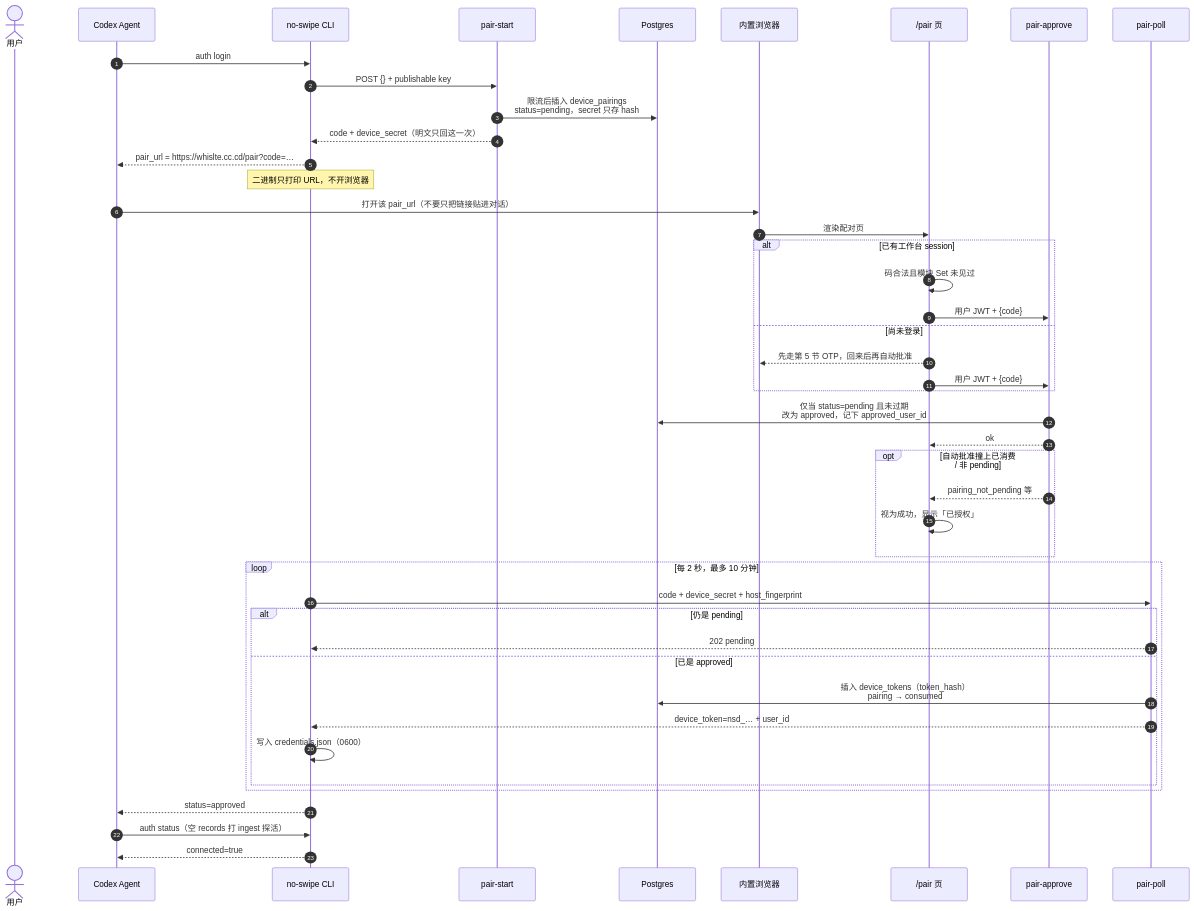
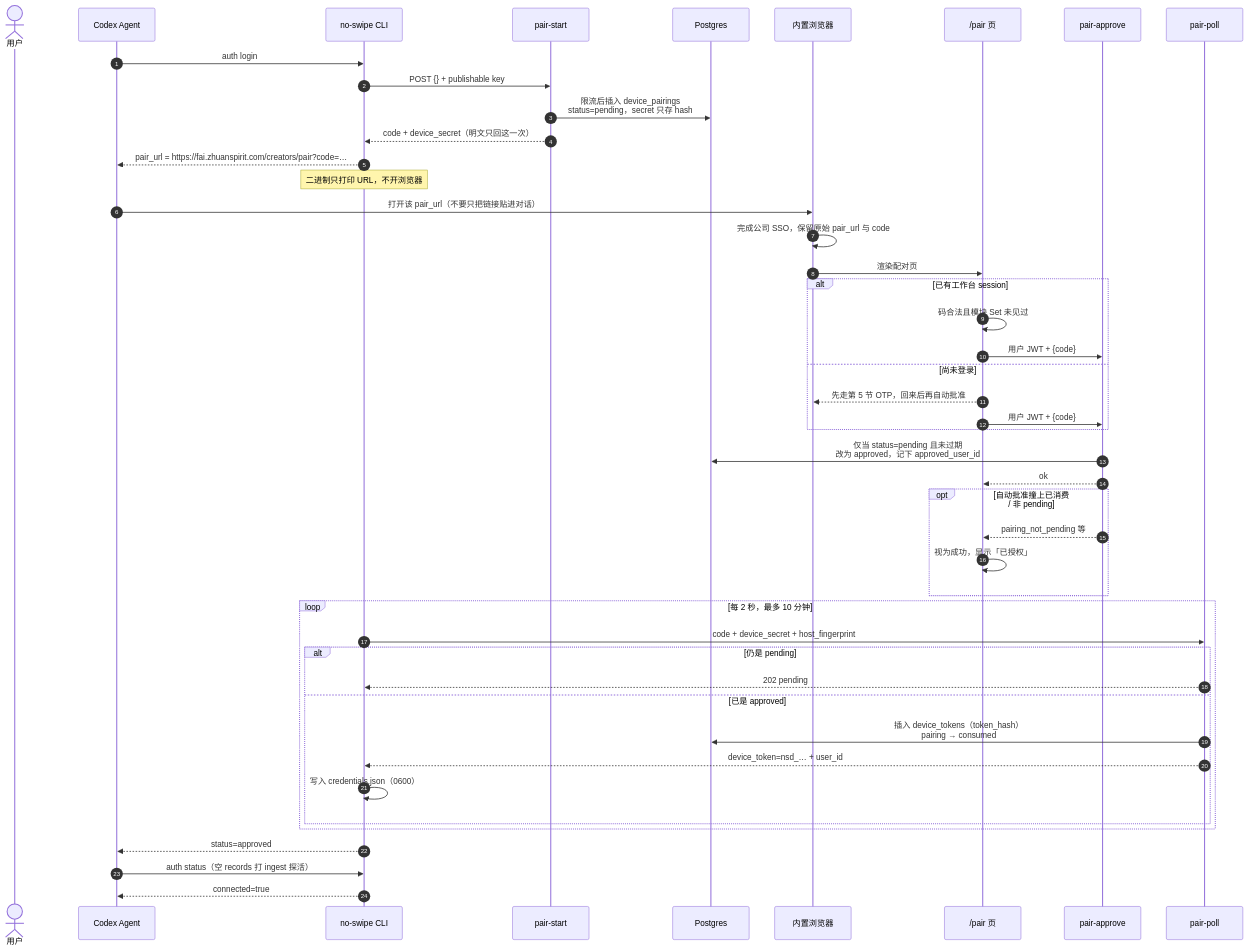
The sixth of 18 diagrams in docs/no-swipe-interaction-flows.md (OfWind/no_swipe), drawn with Mermaid before and after one commit. The commit also changed other lines of this file and 15 other files, not shown here.

````diff
--- a/docs/no-swipe-interaction-flows.md
+++ b/docs/no-swipe-interaction-flows.md
@@ -226,54 +226,55 @@
 ```mermaid
 sequenceDiagram
   autonumber
   actor User as 用户
   participant Agent as Codex Agent
   participant CLI as no-swipe CLI
   participant PS as pair-start
   participant PG as Postgres
   participant Br as 内置浏览器
   participant Pair as /pair 页
   participant PA as pair-approve
   participant PP as pair-poll
 
   Agent->>CLI: auth login
   CLI->>PS: POST {} + publishable key
   PS->>PG: 限流后插入 device_pairings<br/>status=pending，secret 只存 hash
   PS-->>CLI: code + device_secret（明文只回这一次）
-  CLI-->>Agent: pair_url = https://whislte.cc.cd/pair?code=…
+  CLI-->>Agent: pair_url = https://fai.zhuanspirit.com/creators/pair?code=…
   Note over CLI: 二进制只打印 URL，不开浏览器
 
   Agent->>Br: 打开该 pair_url（不要只把链接贴进对话）
+  Br->>Br: 完成公司 SSO，保留原始 pair_url 与 code
   Br->>Pair: 渲染配对页
 
   alt 已有工作台 session
     Pair->>Pair: 码合法且模块 Set 未见过
     Pair->>PA: 用户 JWT + {code}
   else 尚未登录
     Pair-->>Br: 先走第 5 节 OTP，回来后再自动批准
     Pair->>PA: 用户 JWT + {code}
   end
 
   PA->>PG: 仅当 status=pending 且未过期<br/>改为 approved，记下 approved_user_id
   PA-->>Pair: ok
 
   opt 自动批准撞上已消费 / 非 pending
     PA-->>Pair: pairing_not_pending 等
     Pair->>Pair: 视为成功，显示「已授权」
   end
 
   loop 每 2 秒，最多 10 分钟
     CLI->>PP: code + device_secret + host_fingerprint
     alt 仍是 pending
       PP-->>CLI: 202 pending
     else 已是 approved
       PP->>PG: 插入 device_tokens（token_hash）<br/>pairing → consumed
       PP-->>CLI: device_token=nsd_… + user_id
       CLI->>CLI: 写入 credentials.json（0600）
     end
   end
 
   CLI-->>Agent: status=approved
   Agent->>CLI: auth status（空 records 打 ingest 探活）
   CLI-->>Agent: connected=true
 ```
````
